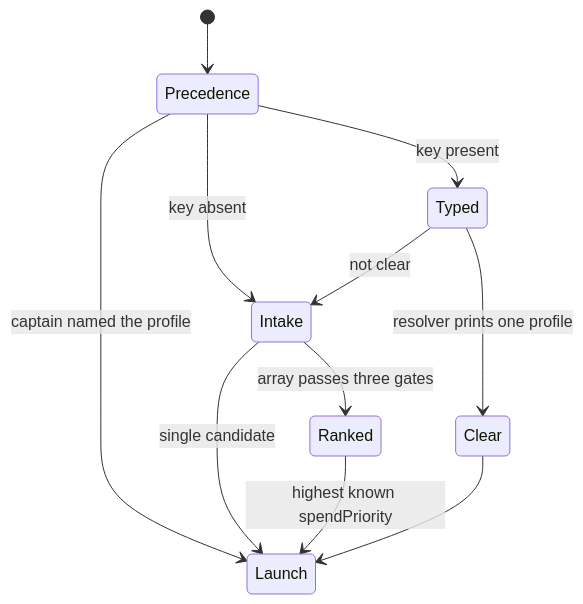
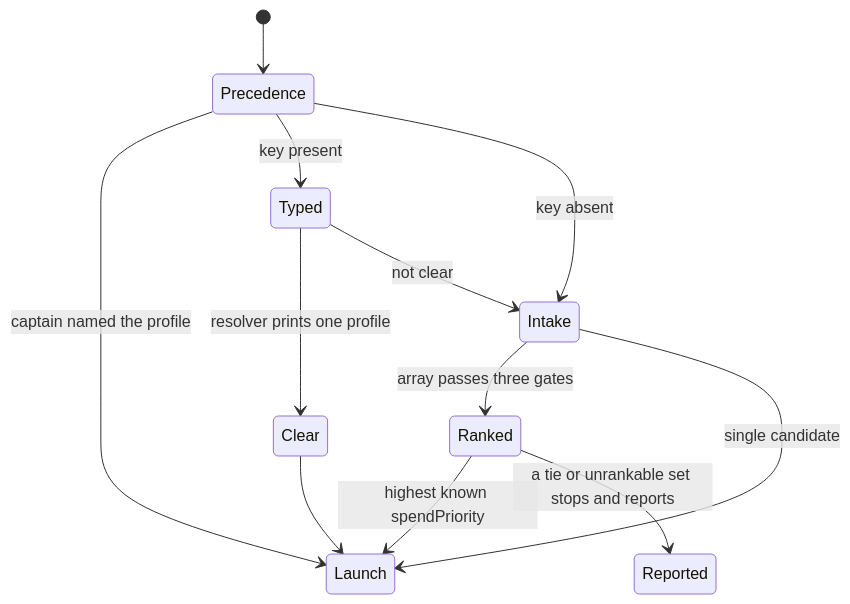
One commit to LeadGrowGTM/firstmate changed the diagram in docs/state/services/dispatch-resolution.md. Above: the diagram before and after it, drawn with Mermaid. The commit also changed other lines of this file and 6 other files, not shown here.

````diff
--- a/docs/state/services/dispatch-resolution.md
+++ b/docs/state/services/dispatch-resolution.md
@@ -39,13 +41,14 @@
 ```mermaid
 stateDiagram-v2
     [*] --> Precedence
     Precedence --> Launch: captain named the profile
     Precedence --> Typed: key present
     Precedence --> Intake: key absent
     Typed --> Clear: resolver prints one profile
     Typed --> Intake: not clear
     Intake --> Ranked: array passes three gates
     Intake --> Launch: single candidate
     Ranked --> Launch: highest known spendPriority
+    Ranked --> Reported: a tie or unrankable set stops and reports
     Clear --> Launch
 ```
````
